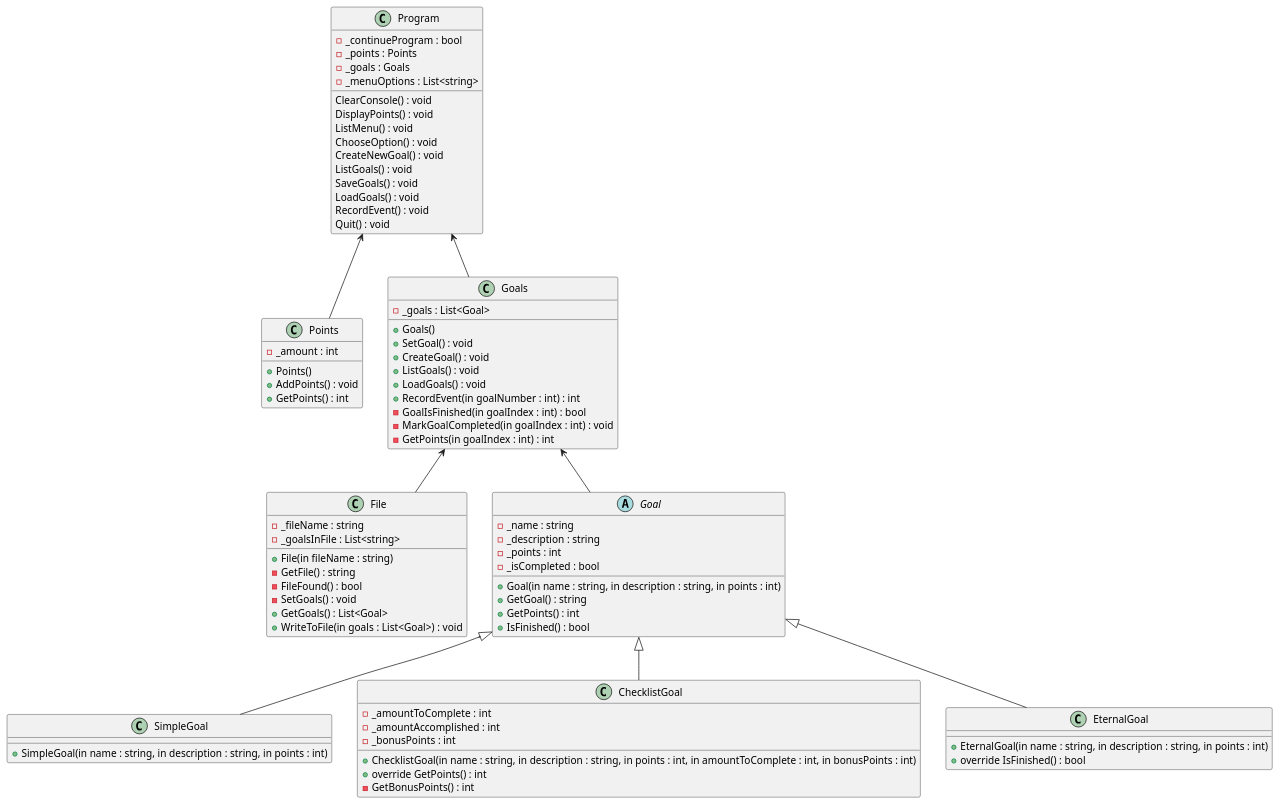
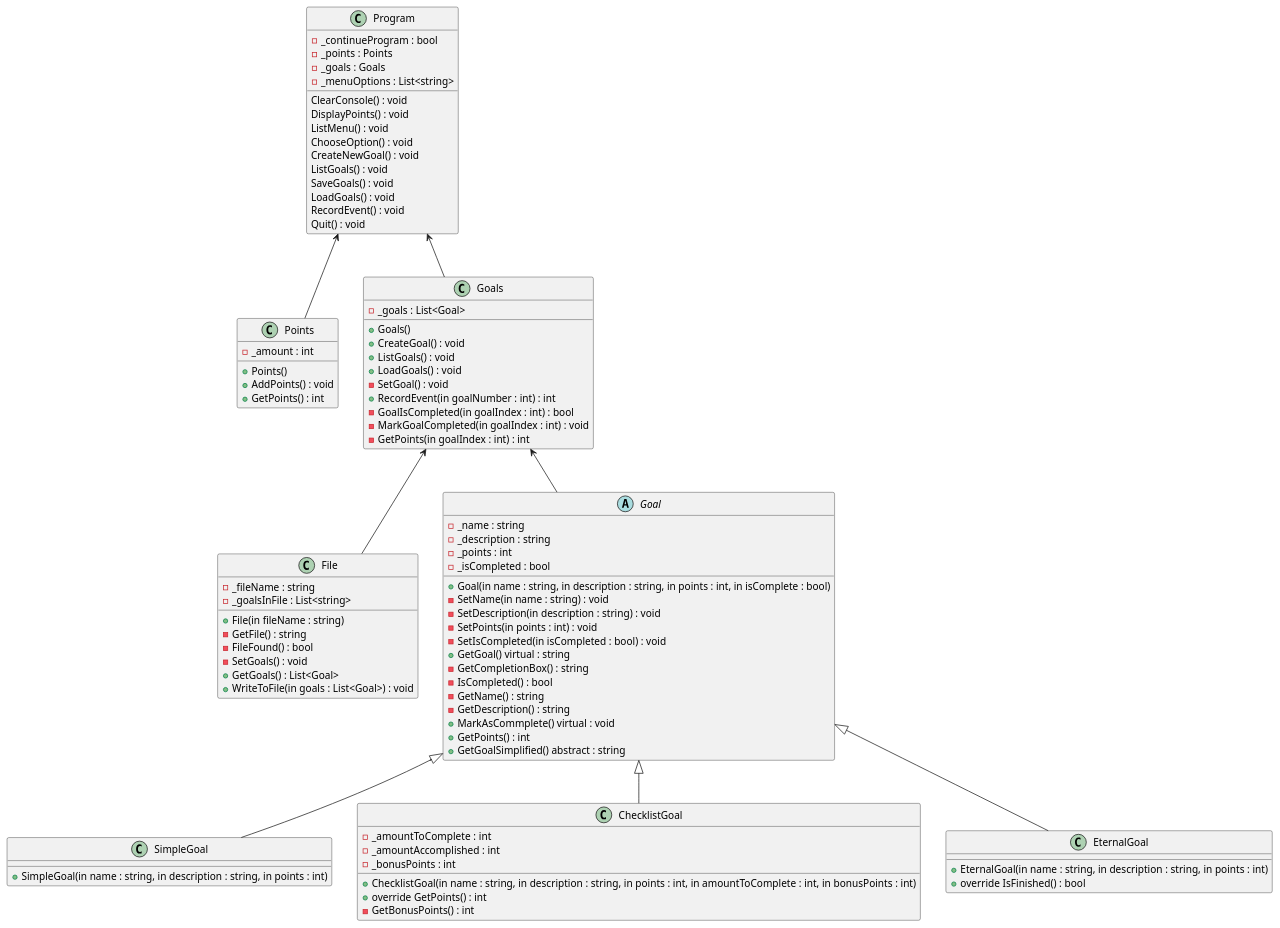
The diagram in prove/Develop05/design.puml (joshwmerrell/cse210-projects), drawn with PlantUML before and after one commit. The commit also changed 3 other files, not shown here.

Commit message:
Finished abstract Goal.cs and updated Program.cs, Goals.cs, and design.puml.

```diff
--- a/prove/Develop05/design.puml
+++ b/prove/Develop05/design.puml
@@ -1,96 +1,105 @@
 @startuml design
 
 class Program
 {
     -_continueProgram : bool
     -_points : Points
     -_goals : Goals
     -_menuOptions : List<string>
     ClearConsole() : void
     DisplayPoints() : void
     ListMenu() : void
     ChooseOption() : void
     CreateNewGoal() : void
     ListGoals() : void
     SaveGoals() : void
     LoadGoals() : void
     RecordEvent() : void
     Quit() : void
 }
 
 class Points
 {
     -_amount : int
     +Points()
     +AddPoints() : void
     +GetPoints() : int
 }
 
 class Goals
 {
     -_goals : List<Goal>
     +Goals()
-    +SetGoal() : void
     +CreateGoal() : void
     +ListGoals() : void
     +LoadGoals() : void
+    -SetGoal() : void
     +RecordEvent(in goalNumber : int) : int
-    -GoalIsFinished(in goalIndex : int) : bool
+    -GoalIsCompleted(in goalIndex : int) : bool
     -MarkGoalCompleted(in goalIndex : int) : void
     -GetPoints(in goalIndex : int) : int
 }
 
 class File
 {
     -_fileName : string
     -_goalsInFile : List<string>
     +File(in fileName : string)
     -GetFile() : string
     -FileFound() : bool
     -SetGoals() : void
     +GetGoals() : List<Goal>
     +WriteToFile(in goals : List<Goal>) : void
 }
 
 abstract Goal
 {
     -_name : string
     -_description : string
     -_points : int
     -_isCompleted : bool
-    +Goal(in name : string, in description : string, in points : int)
-    +GetGoal() : string
+    +Goal(in name : string, in description : string, in points : int, in isComplete : bool)
+    -SetName(in name : string) : void
+    -SetDescription(in description : string) : void
+    -SetPoints(in points : int) : void
+    -SetIsCompleted(in isCompleted : bool) : void
+    +GetGoal() virtual : string
+    -GetCompletionBox() : string
+    -IsCompleted() : bool
+    -GetName() : string
+    -GetDescription() : string
+    +MarkAsCommplete() virtual : void
     +GetPoints() : int
-    +IsFinished() : bool
+    +GetGoalSimplified() abstract : string
 }
 
 class SimpleGoal
 {
     +SimpleGoal(in name : string, in description : string, in points : int)
 }
 
 class ChecklistGoal
 {
     -_amountToComplete : int
     -_amountAccomplished : int
     -_bonusPoints : int
     +ChecklistGoal(in name : string, in description : string, in points : int, in amountToComplete : int, in bonusPoints : int)
     +override GetPoints() : int
     -GetBonusPoints() : int
 }
 
 class EternalGoal
 {
     +EternalGoal(in name : string, in description : string, in points : int)
     +override IsFinished() : bool
 }
 
 Program <-- Points
 Program <-- Goals
 Goals <-- Goal
 Goals <-- File
 Goal <|-- SimpleGoal
 Goal <|-- ChecklistGoal
 Goal <|-- EternalGoal
 
 @enduml
```
